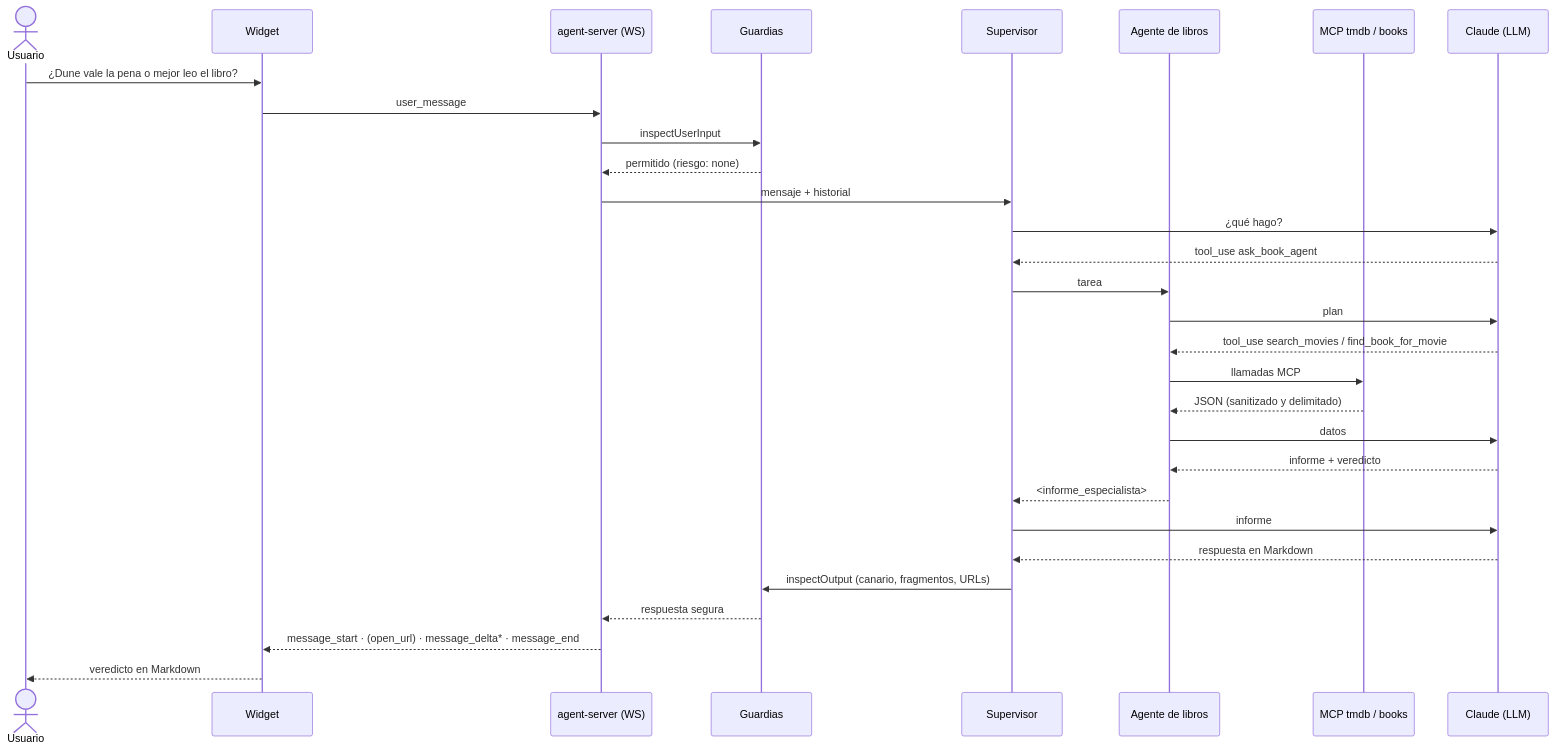
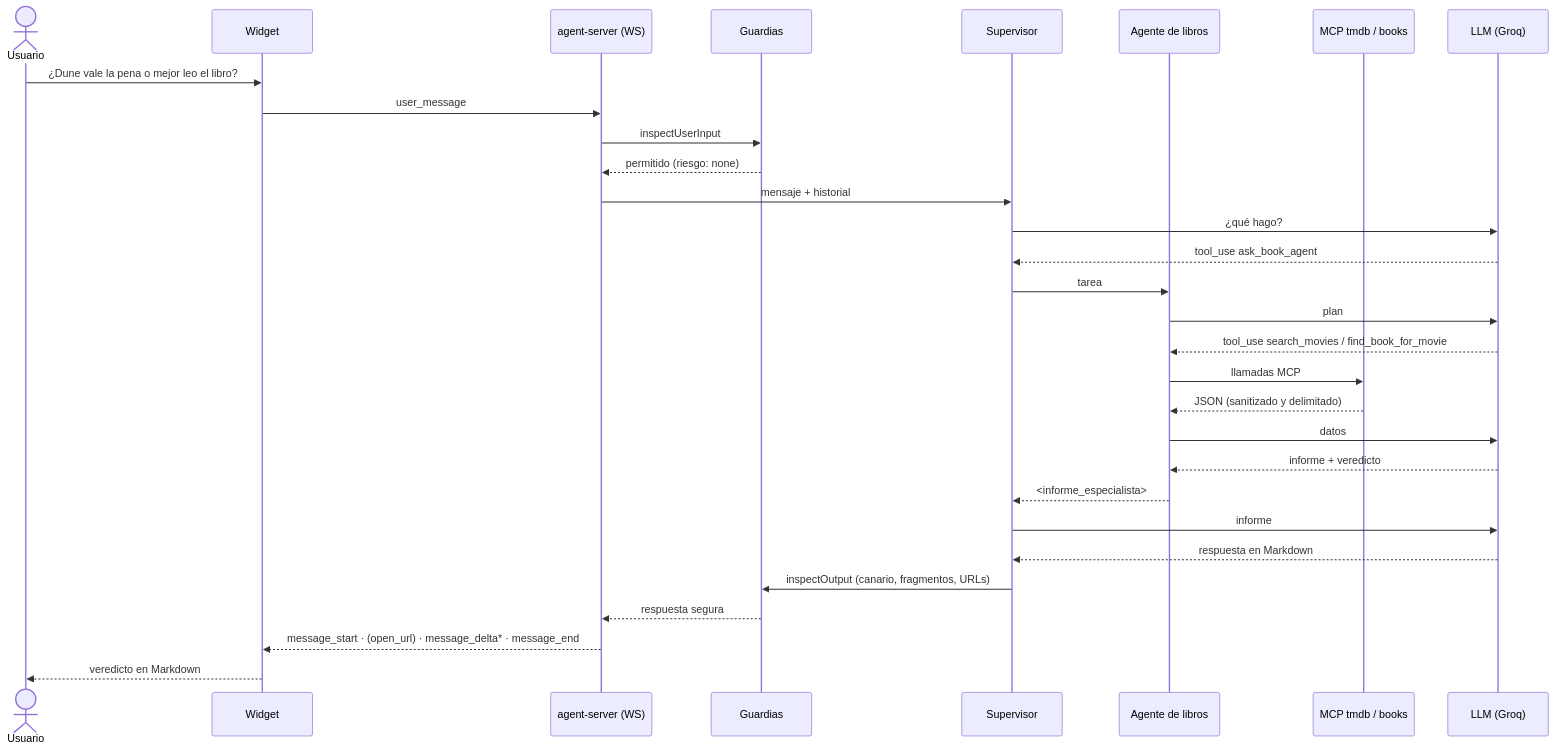
One commit to JuanGualim/Proyecto1_IA_selectivo changed the third of 3 diagrams in docs/AGENTE.md. Above: the diagram before and after it, drawn with Mermaid. The commit also changed other lines of this file and 4 other files, not shown here.

````diff
--- a/docs/AGENTE.md
+++ b/docs/AGENTE.md
@@ -223,33 +223,33 @@
 ```mermaid
 sequenceDiagram
     actor U as Usuario
     participant W as Widget
     participant S as agent-server (WS)
     participant G as Guardias
     participant SUP as Supervisor
     participant B as Agente de libros
     participant M as MCP tmdb / books
-    participant L as Claude (LLM)
+    participant L as LLM (Groq)
 
     U->>W: ¿Dune vale la pena o mejor leo el libro?
     W->>S: user_message
     S->>G: inspectUserInput
     G-->>S: permitido (riesgo: none)
     S->>SUP: mensaje + historial
     SUP->>L: ¿qué hago?
     L-->>SUP: tool_use ask_book_agent
     SUP->>B: tarea
     B->>L: plan
     L-->>B: tool_use search_movies / find_book_for_movie
     B->>M: llamadas MCP
     M-->>B: JSON (sanitizado y delimitado)
     B->>L: datos
     L-->>B: informe + veredicto
     B-->>SUP: <informe_especialista>
     SUP->>L: informe
     L-->>SUP: respuesta en Markdown
     SUP->>G: inspectOutput (canario, fragmentos, URLs)
     G-->>S: respuesta segura
     S-->>W: message_start · (open_url) · message_delta* · message_end
     W-->>U: veredicto en Markdown
 ```
````
